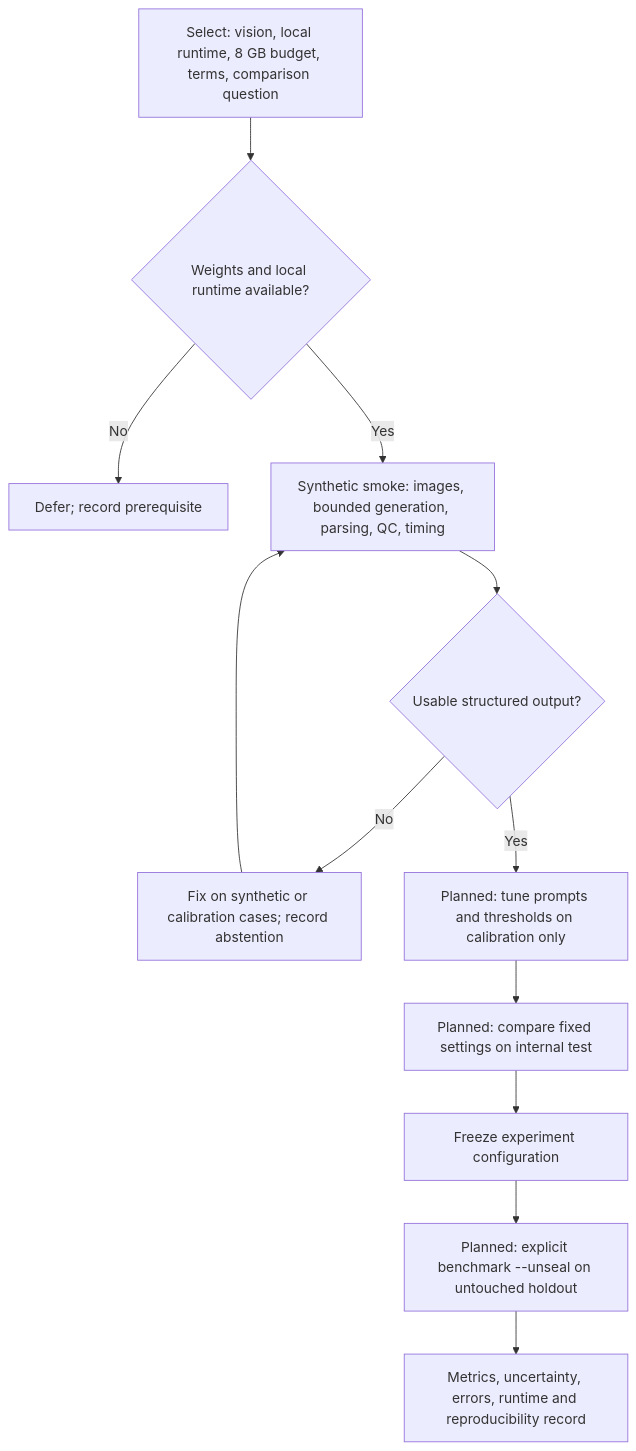
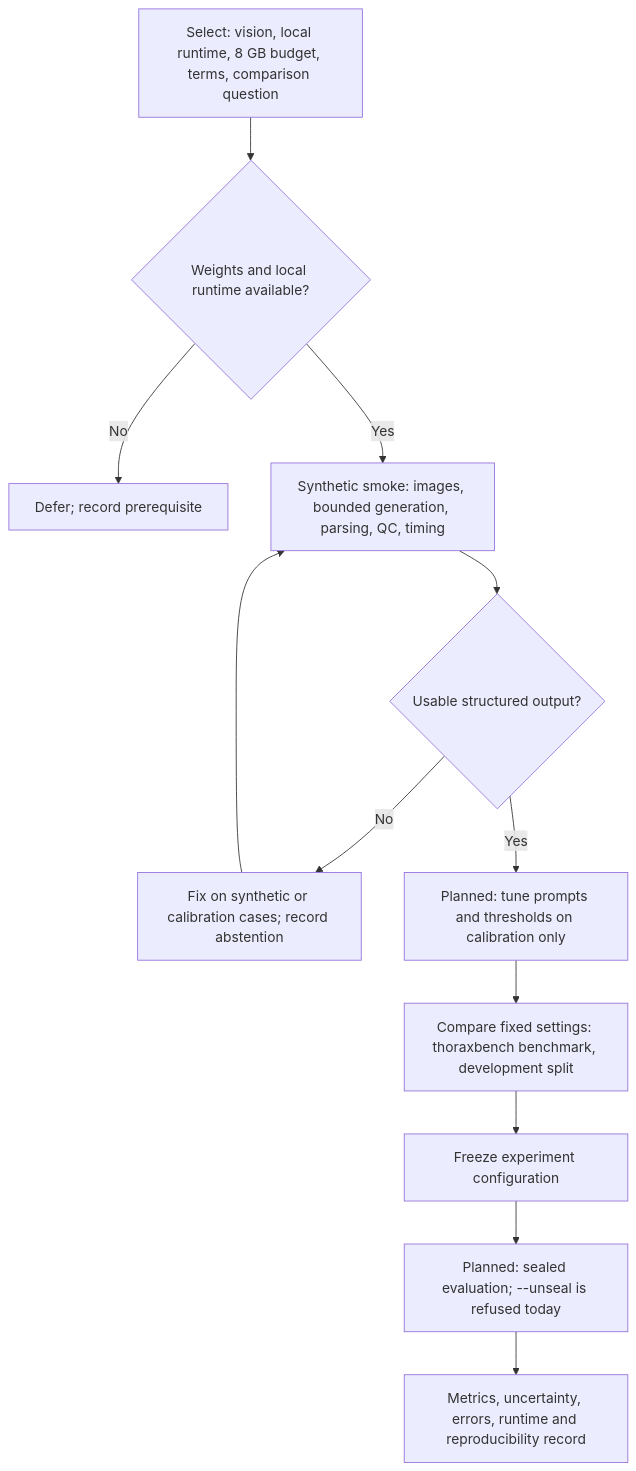
Before and after one commit to marcelpetrick/ThoraxGPT_from_Wish: the diagram in docs/model_selection.md, drawn with Mermaid. The commit also changed other lines of this file and 12 other files, not shown here.

````diff
--- a/docs/model_selection.md
+++ b/docs/model_selection.md
@@ -74,15 +74,15 @@
 ```mermaid
 flowchart TD
     A[Select: vision, local runtime, 8 GB budget, terms, comparison question]
     A --> B{Weights and local runtime available?}
     B -->|No| C[Defer; record prerequisite]
     B -->|Yes| D[Synthetic smoke: images, bounded generation, parsing, QC, timing]
     D --> E{Usable structured output?}
     E -->|No| F[Fix on synthetic or calibration cases; record abstention]
     F --> D
     E -->|Yes| G[Planned: tune prompts and thresholds on calibration only]
-    G --> H[Planned: compare fixed settings on internal test]
+    G --> H[Compare fixed settings: thoraxbench benchmark, development split]
     H --> I[Freeze experiment configuration]
-    I --> J[Planned: explicit benchmark --unseal on untouched holdout]
+    I --> J[Planned: sealed evaluation; --unseal is refused today]
     J --> K[Metrics, uncertainty, errors, runtime and reproducibility record]
 ```
````
